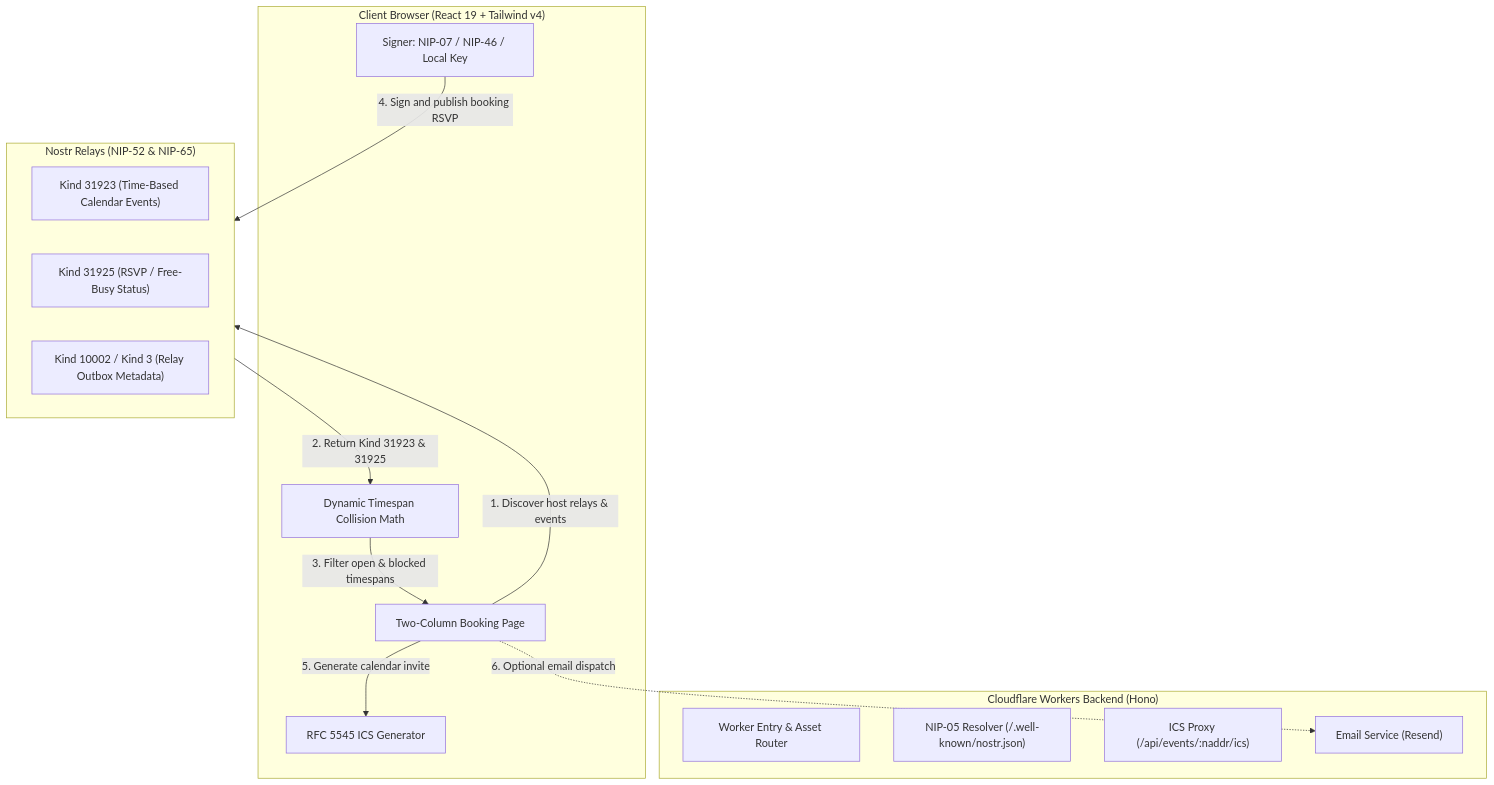
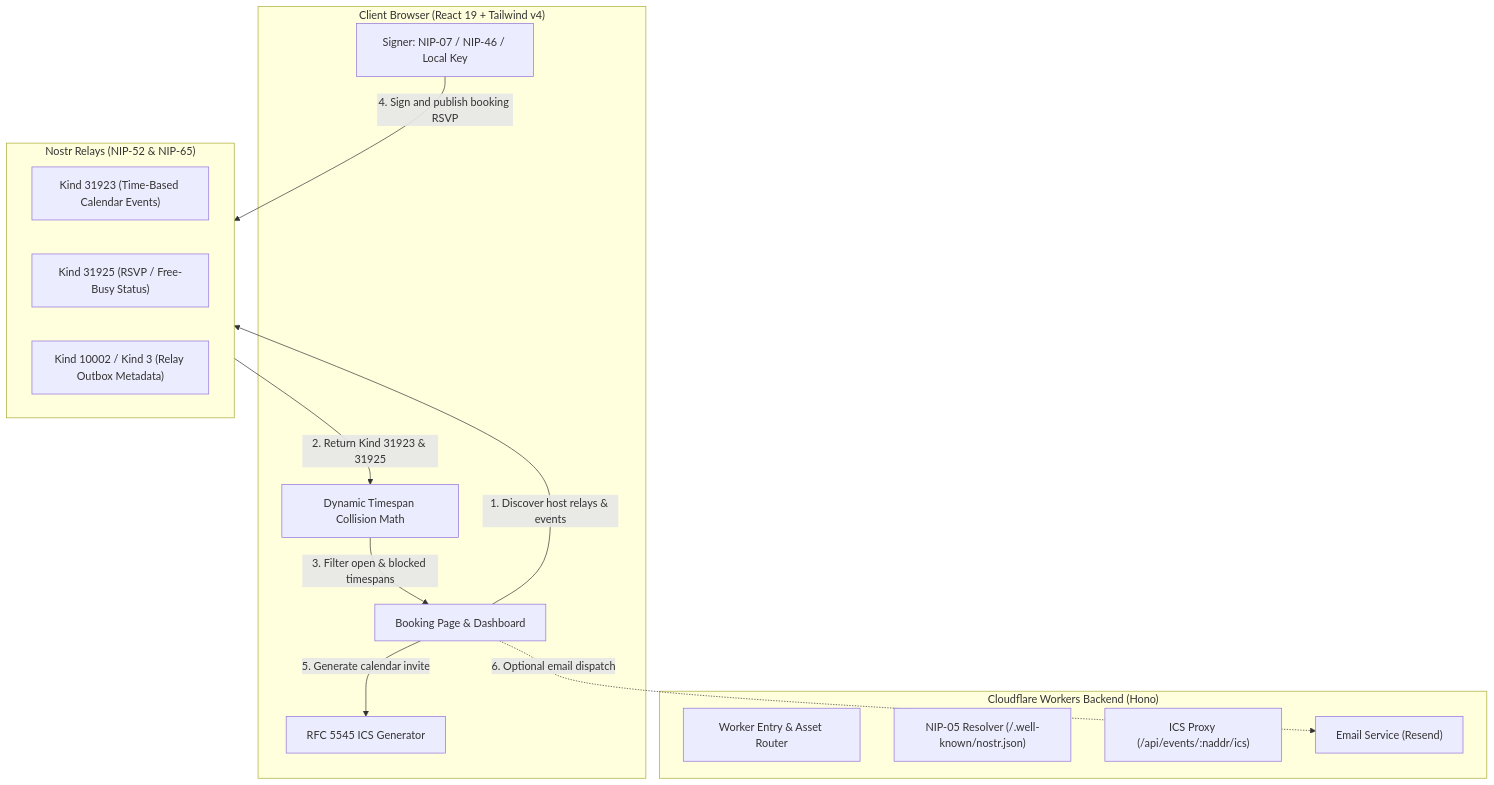
One commit to delirehberi/cal.emre.xyz changed the diagram in README.md. Above: the diagram before and after it, drawn with Mermaid. The commit also changed other lines of this file and 7 other files, not shown here.

First line of the commit message:
Update README and ROADMAP for Kün and add screenshots

````diff
--- a/README.md
+++ b/README.md
@@ -39,29 +51,29 @@
 ```mermaid
 flowchart TD
     subgraph Client ["Client Browser (React 19 + Tailwind v4)"]
-        UI[Two-Column Booking Page]
+        UI[Booking Page & Dashboard]
         Slots[Dynamic Timespan Collision Math]
         Auth[Signer: NIP-07 / NIP-46 / Local Key]
         ICS[RFC 5545 ICS Generator]
     end
 
     subgraph Relays ["Nostr Relays (NIP-52 & NIP-65)"]
         K31923["Kind 31923 (Time-Based Calendar Events)"]
         K31925["Kind 31925 (RSVP / Free-Busy Status)"]
         K10002["Kind 10002 / Kind 3 (Relay Outbox Metadata)"]
     end
 
     subgraph Edge ["Cloudflare Workers Backend (Hono)"]
         Router["Worker Entry & Asset Router"]
         NIP05["NIP-05 Resolver (/.well-known/nostr.json)"]
         ICSEndpoint["ICS Proxy (/api/events/:naddr/ics)"]
         ResendAPI["Email Service (Resend)"]
     end
 
     UI -->|1. Discover host relays & events| Relays
     Relays -->|2. Return Kind 31923 & 31925| Slots
     Slots -->|3. Filter open & blocked timespans| UI
     Auth -->|4. Sign and publish booking RSVP| Relays
     UI -->|5. Generate calendar invite| ICS
     UI -.->|6. Optional email dispatch| ResendAPI
 ```
````
